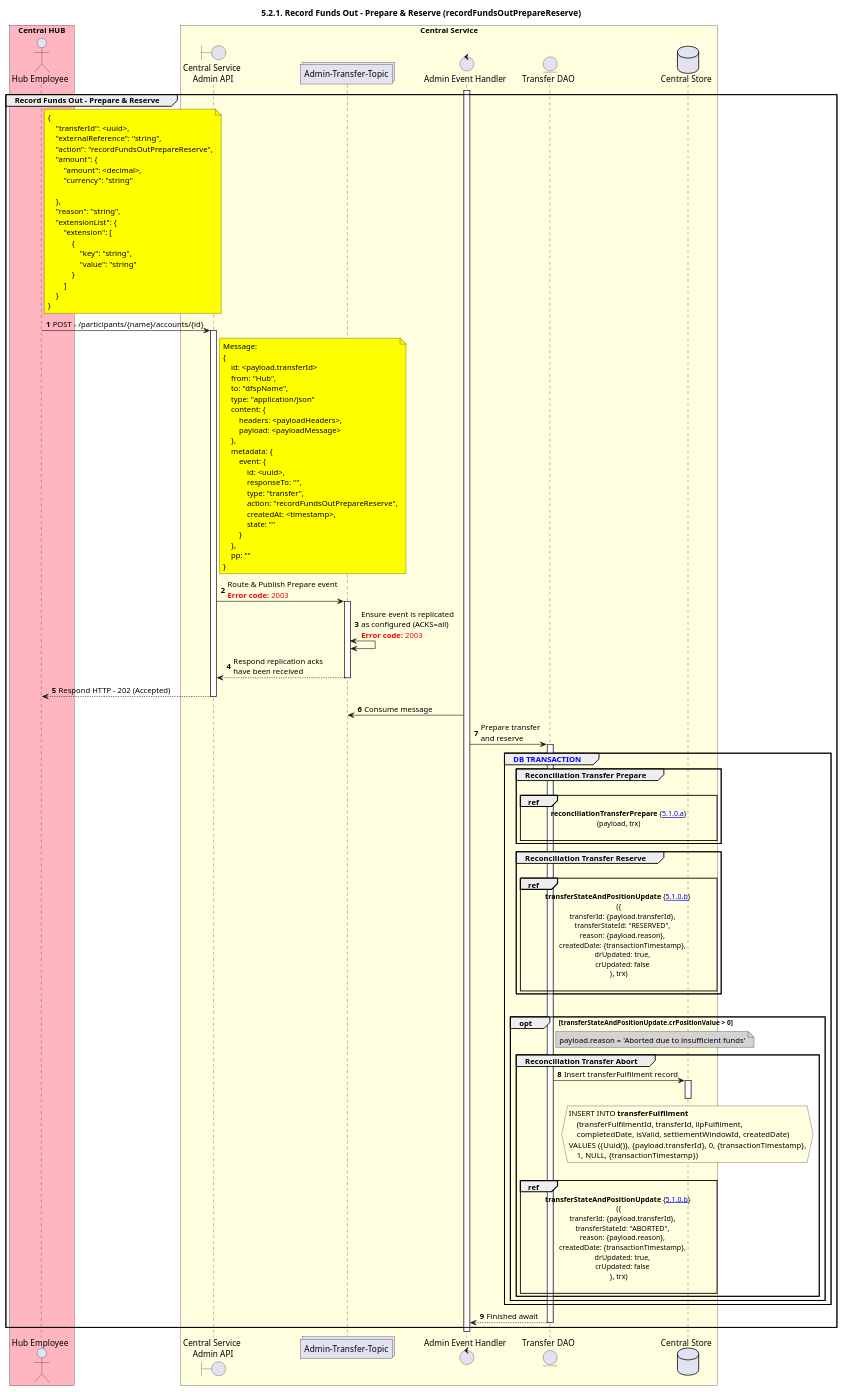
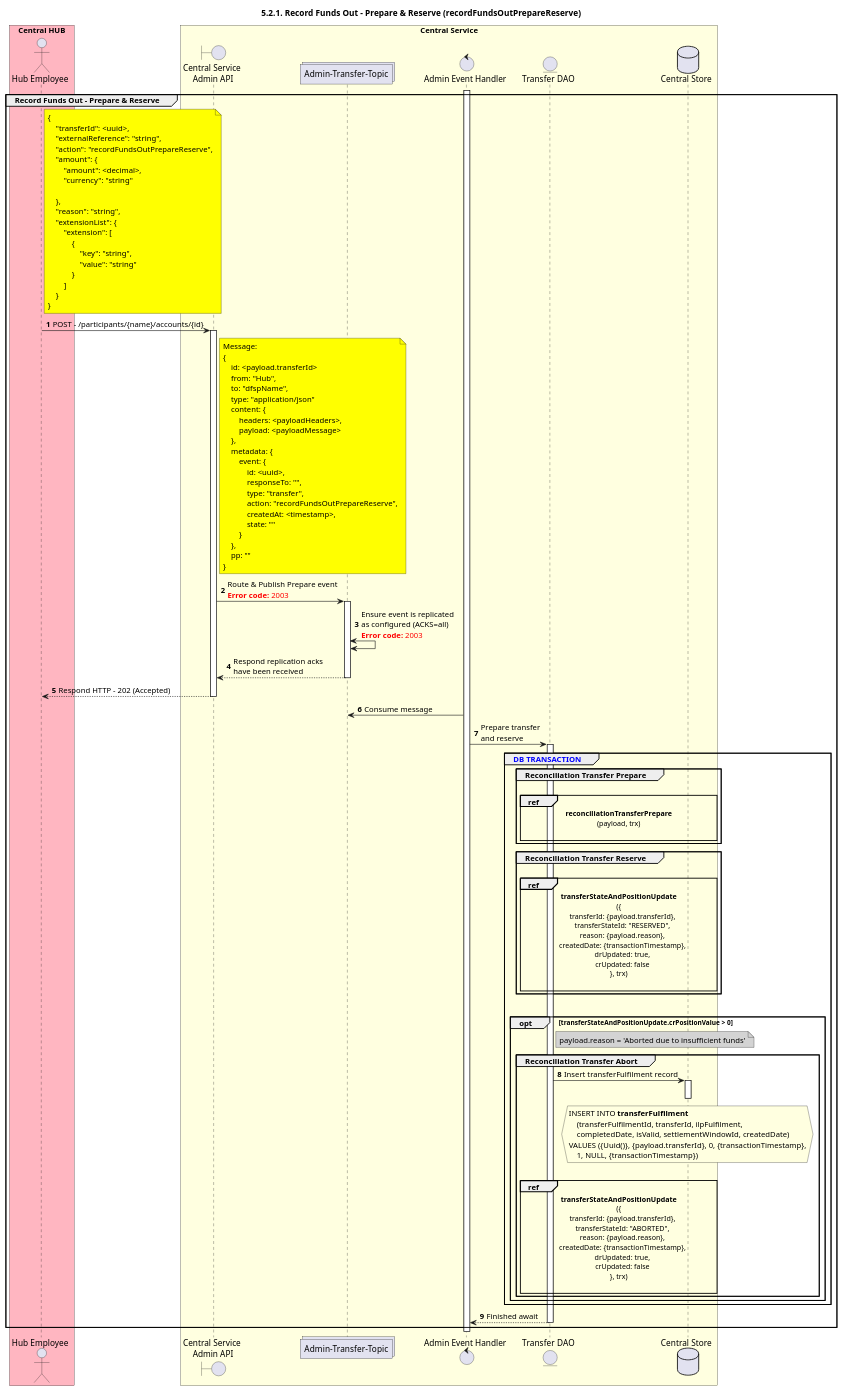
Before and after one commit to mojaloop/documentation: the diagram in mojaloop-technical-overview/central-settlements/funds-in-out/assets/diagrams/sequence/seq-recfunds-5.2.1-out-prepare-reserve.plantuml, drawn with PlantUML. The commit also changed 23 other files, not shown here.

```diff
--- a/mojaloop-technical-overview/central-settlements/funds-in-out/assets/diagrams/sequence/seq-recfunds-5.2.1-out-prepare-reserve.plantuml
+++ b/mojaloop-technical-overview/central-settlements/funds-in-out/assets/diagrams/sequence/seq-recfunds-5.2.1-out-prepare-reserve.plantuml
@@ -25,133 +25,133 @@
 @startuml
 ' declate title
 title 5.2.1. Record Funds Out - Prepare & Reserve (recordFundsOutPrepareReserve)
 
 autonumber
 
 ' Actor Keys:
 '   boundary - APIs/Interfaces, etc
 '   collections - Kafka Topics
 '   control - Kafka Consumers
 '   entity - Database Access Objects
 '   database - Database Persistance Store
 
 ' declare actors
 actor "Hub Employee" as OPERATOR
 boundary "Central Service\n Admin API" as CS_ADMIN_API
 collections "Admin-Transfer-Topic" as TOPIC_ADMIN_TRANSFER
 control "Admin Event Handler" as ADMIN_HANDLER
 entity "Transfer DAO" as TRANSFER_DAO
 database "Central Store" as DB
 
 box "Central HUB" #lightpink
     participant OPERATOR
 end box
 
 box "Central Service" #LightYellow
     participant CS_ADMIN_API
 	participant TOPIC_ADMIN_TRANSFER
     participant ADMIN_HANDLER
     participant TRANSFER_DAO
     participant DB
 end box
 
 ' start flow
 activate ADMIN_HANDLER
 group Record Funds Out - Prepare & Reserve
     note right of OPERATOR #yellow
         {
             "transferId": <uuid>,
             "externalReference": "string",
             "action": "recordFundsOutPrepareReserve",
             "amount": {
                 "amount": <decimal>,
                 "currency": "string"
 
             },
             "reason": "string",
             "extensionList": {
                 "extension": [
                     {
                         "key": "string",
                         "value": "string"
                     }
                 ]
             }
         }
     end note
     OPERATOR -> CS_ADMIN_API: POST - /participants/{name}/accounts/{id}
     activate CS_ADMIN_API
 
     note right of CS_ADMIN_API #yellow
         Message:
         {
             id: <payload.transferId>
             from: "Hub",
             to: "dfspName",
             type: "application/json"
             content: {
                 headers: <payloadHeaders>,
                 payload: <payloadMessage>
             },
             metadata: {
                 event: {
                     id: <uuid>,
                     responseTo: "",
                     type: "transfer",
                     action: "recordFundsOutPrepareReserve",
                     createdAt: <timestamp>,
                     state: ""
                 }
             },
             pp: ""
         }
     end note
     CS_ADMIN_API -> TOPIC_ADMIN_TRANSFER: Route & Publish Prepare event\n<color #FF0000><b>Error code:</b> 2003</color>
     activate TOPIC_ADMIN_TRANSFER
     TOPIC_ADMIN_TRANSFER <-> TOPIC_ADMIN_TRANSFER: Ensure event is replicated\nas configured (ACKS=all)\n<color #FF0000><b>Error code:</b> 2003</color>
     TOPIC_ADMIN_TRANSFER --> CS_ADMIN_API: Respond replication acks\nhave been received
     deactivate TOPIC_ADMIN_TRANSFER
     CS_ADMIN_API ---> OPERATOR: Respond HTTP - 202 (Accepted)
     deactivate CS_ADMIN_API
 
     TOPIC_ADMIN_TRANSFER <- ADMIN_HANDLER: Consume message
     ADMIN_HANDLER -> TRANSFER_DAO: Prepare transfer\nand reserve
     activate TRANSFER_DAO
     group <color #blue>DB TRANSACTION</color>
         group Reconciliation Transfer Prepare
             |||
-            ref over TRANSFER_DAO, DB:**reconciliationTransferPrepare** {[[https://github.com/mojaloop/docs/blob/master/Diagrams/SequenceDiagrams/seq-recfunds-5.1.0.a-reconciliationTransferPrepare.svg 5.1.0.a]]}\n(payload, trx)\n
+            ref over TRANSFER_DAO, DB: **reconciliationTransferPrepare**\n(payload, trx)\n
         end
 
         group Reconciliation Transfer Reserve
             |||
-            ref over TRANSFER_DAO, DB:**transferStateAndPositionUpdate** {[[https://github.com/mojaloop/docs/blob/master/Diagrams/SequenceDiagrams/seq-recfunds-5.1.0.b-transferStateAndPositionUpdate.svg 5.1.0.b]]} \n({\n    transferId: {payload.transferId},\n    transferStateId: "RESERVED",\n    reason: {payload.reason},\n    createdDate: {transactionTimestamp},\n    drUpdated: true,\n    crUpdated: false\n}, trx)\n
+            ref over TRANSFER_DAO, DB: **transferStateAndPositionUpdate**\n({\n    transferId: {payload.transferId},\n    transferStateId: "RESERVED",\n    reason: {payload.reason},\n    createdDate: {transactionTimestamp},\n    drUpdated: true,\n    crUpdated: false\n}, trx)\n
         end
 
         |||
         opt transferStateAndPositionUpdate.crPositionValue > 0
             note right of TRANSFER_DAO #lightgray
                 payload.reason = 'Aborted due to insufficient funds'
             end note
 
             group Reconciliation Transfer Abort
                 TRANSFER_DAO -> DB: Insert transferFulfilment record
                 activate DB
                 deactivate DB
                 hnote over DB #lightyellow
                     INSERT INTO **transferFulfilment**
                         (transferFulfilmentId, transferId, ilpFulfilment,
                         completedDate, isValid, settlementWindowId, createdDate)
                     VALUES ({Uuid()}, {payload.transferId}, 0, {transactionTimestamp},
                         1, NULL, {transactionTimestamp})
                 end hnote
                 |||
-                ref over TRANSFER_DAO, DB:**transferStateAndPositionUpdate** {[[https://github.com/mojaloop/docs/blob/master/Diagrams/SequenceDiagrams/seq-recfunds-5.1.0.b-transferStateAndPositionUpdate.svg 5.1.0.b]]} \n({\n    transferId: {payload.transferId},\n    transferStateId: "ABORTED",\n    reason: {payload.reason},\n    createdDate: {transactionTimestamp},\n    drUpdated: true,\n    crUpdated: false\n}, trx)\n
+                ref over TRANSFER_DAO, DB: **transferStateAndPositionUpdate**\n({\n    transferId: {payload.transferId},\n    transferStateId: "ABORTED",\n    reason: {payload.reason},\n    createdDate: {transactionTimestamp},\n    drUpdated: true,\n    crUpdated: false\n}, trx)\n
             end
         end
     end
     ADMIN_HANDLER <-- TRANSFER_DAO: Finished await
     deactivate TRANSFER_DAO
 end
 deactivate ADMIN_HANDLER
 @enduml
```
